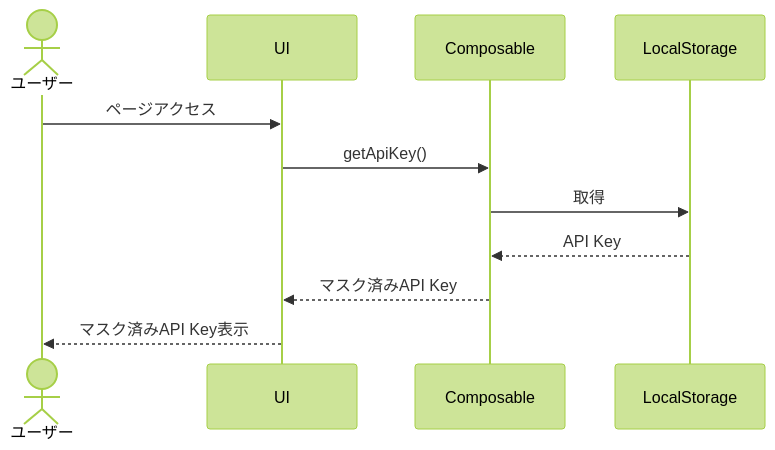
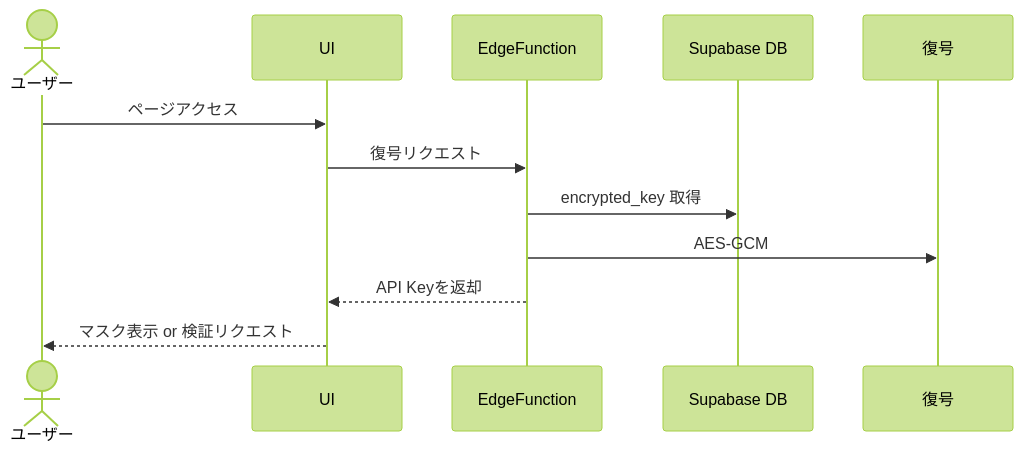
One commit to OtsukaTomoaki/prompt_smith changed the second of 3 diagrams in docs/designs/openai_api_settings_design.md. Above: the diagram before and after it, drawn with Mermaid (forest theme). The commit also changed other lines of this file and 1 other file, not shown here.

````diff
--- a/docs/designs/openai_api_settings_design.md
+++ b/docs/designs/openai_api_settings_design.md
@@ -99,10 +75,10 @@
 ```mermaid
 sequenceDiagram
     Actor ユーザー
     ユーザー->>UI: ページアクセス
-    UI->>Composable: getApiKey()
-    Composable->>LocalStorage: 取得
-    LocalStorage-->>Composable: API Key
-    Composable-->>UI: マスク済みAPI Key
-    UI-->>ユーザー: マスク済みAPI Key表示
+    UI->>EdgeFunction: 復号リクエスト
+    EdgeFunction->>Supabase DB: encrypted_key 取得
+    EdgeFunction->>復号: AES-GCM
+    EdgeFunction-->>UI: API Keyを返却
+    UI-->>ユーザー: マスク表示 or 検証リクエスト
 ```
````
